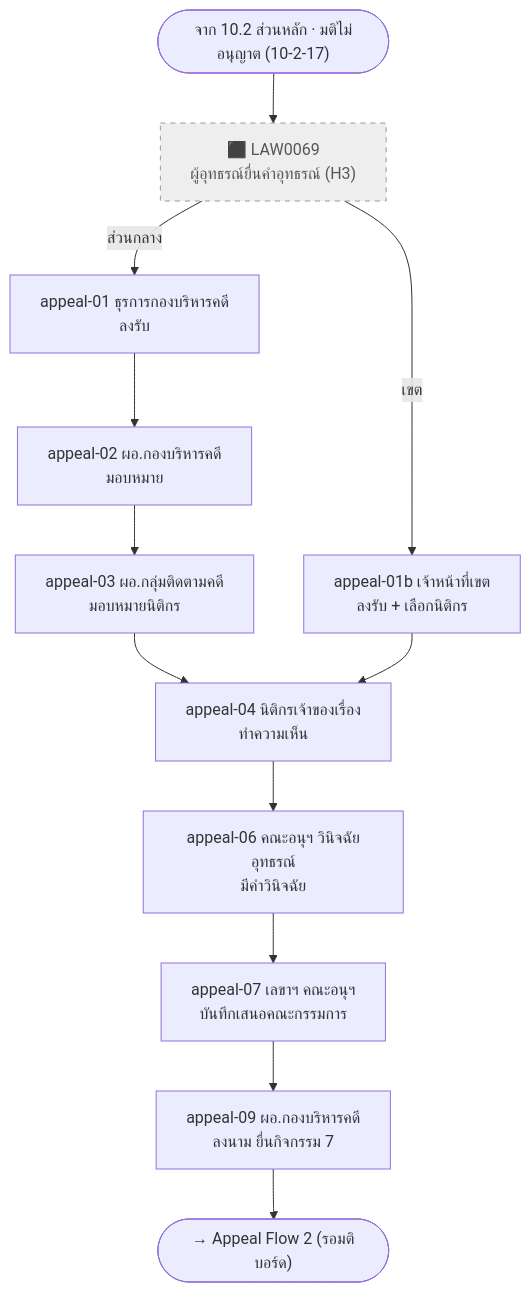
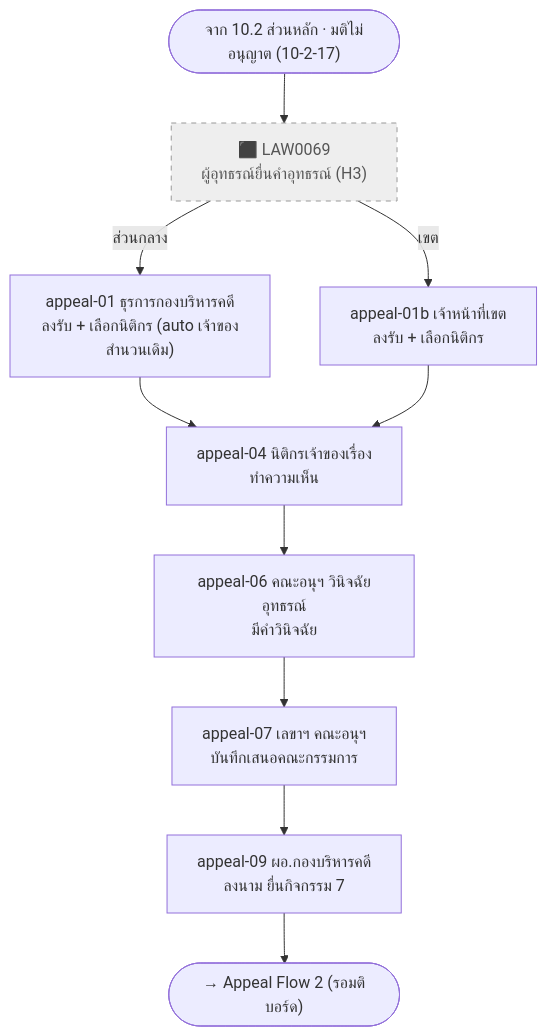
The first of 2 diagrams in docs/activity10-flow-10.2-appeal.md (varitthon/E-CMIS-A4), drawn with Mermaid before and after one commit. The commit also changed other lines of this file and 193 other files, not shown here.

First line of the commit message:
feat: ปรับ flow 10.3 หลังประชุม 14/10 — ตัดหน้า + เพิ่ม ผอ.กฎหมาย มอบหมาย

````diff
--- a/docs/activity10-flow-10.2-appeal.md
+++ b/docs/activity10-flow-10.2-appeal.md
@@ -53,8 +53,8 @@
 ```mermaid
 flowchart TD
   S(["จาก 10.2 ส่วนหลัก · มติไม่อนุญาต (10-2-17)"]) --> X7["⬛ LAW0069<br/>ผู้อุทธรณ์ยื่นคำอุทธรณ์ (H3)"]:::ext
-  X7 -- ส่วนกลาง --> E1["appeal-01 ธุรการกองบริหารคดี<br/>ลงรับ"] --> E2["appeal-02 ผอ.กองบริหารคดี<br/>มอบหมาย"] --> E3["appeal-03 ผอ.กลุ่มติดตามคดี<br/>มอบหมายนิติกร"] --> E4["appeal-04 นิติกรเจ้าของเรื่อง<br/>ทำความเห็น"]
+  X7 -- ส่วนกลาง --> E1["appeal-01 ธุรการกองบริหารคดี<br/>ลงรับ + เลือกนิติกร (auto เจ้าของสำนวนเดิม)"] --> E4["appeal-04 นิติกรเจ้าของเรื่อง<br/>ทำความเห็น"]
   X7 -- เขต --> E1b["appeal-01b เจ้าหน้าที่เขต<br/>ลงรับ + เลือกนิติกร"] --> E4
   E4 --> E6["appeal-06 คณะอนุฯ วินิจฉัยอุทธรณ์<br/>มีคำวินิจฉัย"] --> E7["appeal-07 เลขาฯ คณะอนุฯ<br/>บันทึกเสนอคณะกรรมการ"] --> E9["appeal-09 ผอ.กองบริหารคดี<br/>ลงนาม ยื่นกิจกรรม 7"] --> O(["→ Appeal Flow 2 (รอมติบอร์ด)"])
   classDef ext fill:#eeeeee,stroke:#999999,stroke-dasharray:5 5,color:#555555
 ```
````
